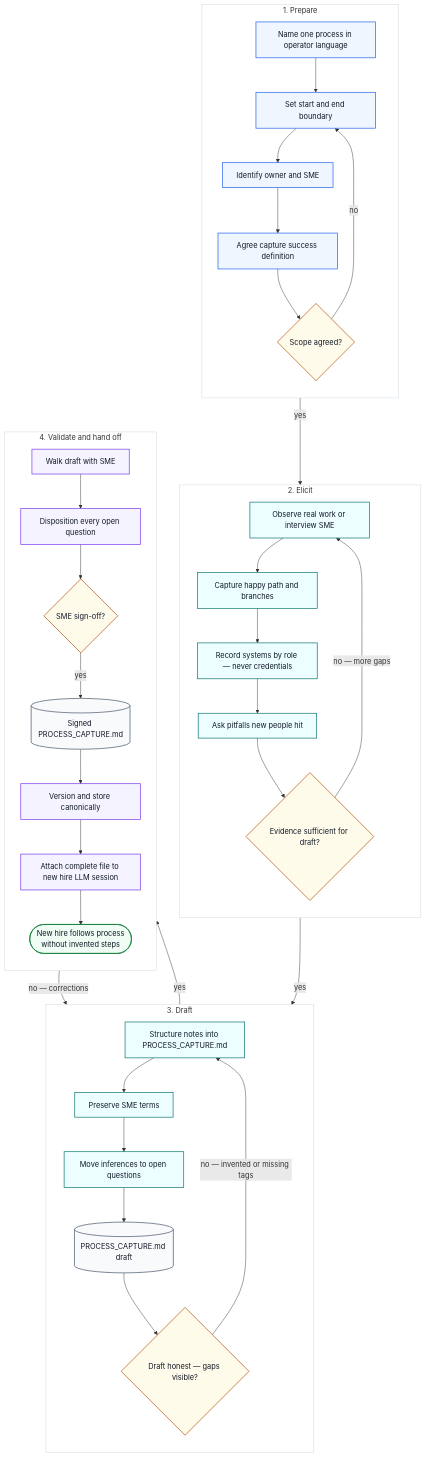
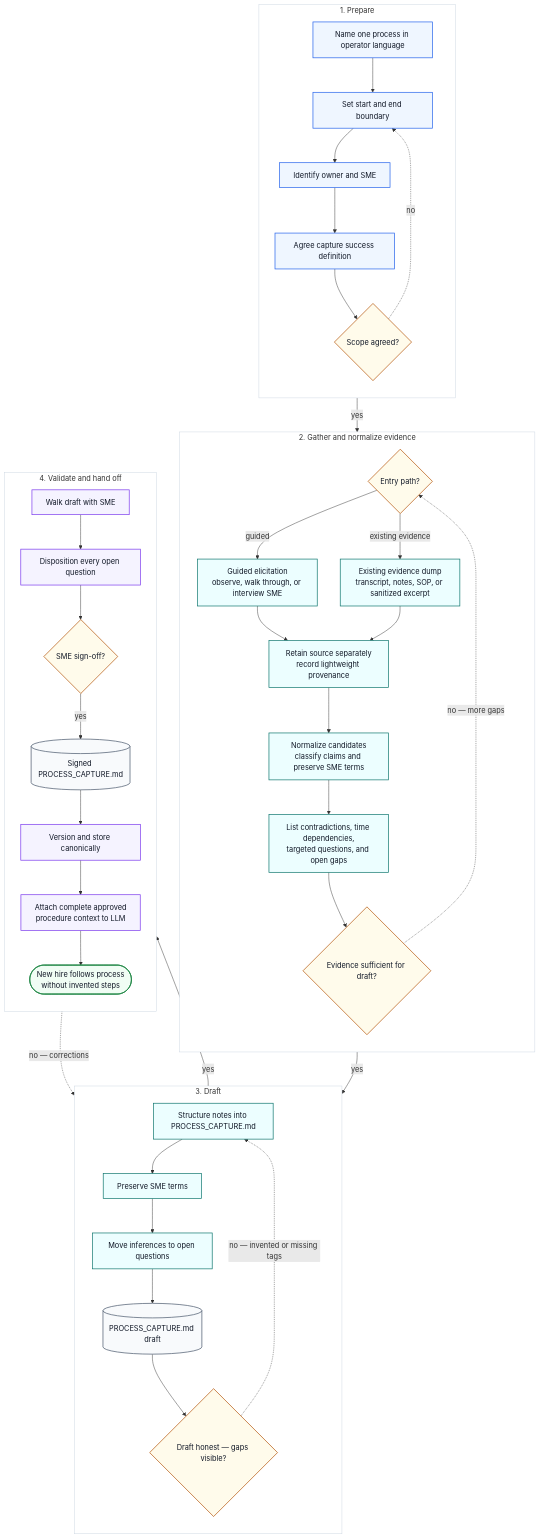
Before and after one commit to suretylabs/ai-dev-onramp: the diagram in consultant-lane/visuals/00-consultant-lane-flow.md, drawn with Mermaid. The commit also changed 9 other files, not shown here.

First line of the commit message:
docs: support evidence-dump process capture

````diff
--- a/consultant-lane/visuals/00-consultant-lane-flow.md
+++ b/consultant-lane/visuals/00-consultant-lane-flow.md
@@ -11,68 +11,75 @@
 ```mermaid
 flowchart TB
     classDef primary fill:#eff6ff,stroke:#2563eb,color:#111827,stroke-width:1.5px
     classDef delivery fill:#ecfeff,stroke:#0f766e,color:#111827,stroke-width:1.5px
     classDef model fill:#f5f3ff,stroke:#7c3aed,color:#111827,stroke-width:1.5px
     classDef gate fill:#fffbeb,stroke:#b45309,color:#111827,stroke-width:1.5px
     classDef outcome fill:#f0fdf4,stroke:#15803d,color:#111827,stroke-width:1.5px
     classDef artifact fill:#f8fafc,stroke:#475569,color:#111827,stroke-width:1.5px
 
     subgraph prep["1. Prepare"]
         direction TB
         p1["Name one process in operator language"] --> p2["Set start and end boundary"]
         p2 --> p3["Identify owner and SME"]
         p3 --> p4["Agree capture success definition"]
         p4 --> g1{"Scope agreed?"}
     end
     class p1,p2,p3,p4 primary
     class g1 gate
     style prep fill:#ffffff,stroke:#cbd5e1
 
-    g1 -->|"no"| p2
-    g1 -->|"yes"| e1
+    g1 -.->|"no"| p2
+    g1 -->|"yes"| e0
 
-    subgraph elicit["2. Elicit"]
+    subgraph elicit["2. Gather and normalize evidence"]
         direction TB
-        e1["Observe real work or interview SME"] --> e2["Capture happy path and branches"]
-        e2 --> e3["Record systems by role — never credentials"]
-        e3 --> e4["Ask pitfalls new people hit"]
-        e4 --> g2{"Evidence sufficient for draft?"}
+        e0{"Entry path?"}
+        e1["Guided elicitation<br/>observe, walk through, or interview SME"]
+        e2["Existing evidence dump<br/>transcript, notes, SOP, or sanitized excerpt"]
+        e3["Retain source separately<br/>record lightweight provenance"]
+        e4["Normalize candidates<br/>classify claims and preserve SME terms"]
+        e5["List contradictions, time dependencies,<br/>targeted questions, and open gaps"]
+        e0 -->|"guided"| e1
+        e0 -->|"existing evidence"| e2
+        e1 --> e3
+        e2 --> e3
+        e3 --> e4 --> e5 --> g2{"Evidence sufficient for draft?"}
     end
-    class e1,e2,e3,e4 delivery
-    class g2 gate
+    class e1,e2,e3,e4,e5 delivery
+    class e0,g2 gate
     style elicit fill:#ffffff,stroke:#cbd5e1
 
-    g2 -->|"no — more gaps"| e1
+    g2 -.->|"no — more gaps"| e0
     g2 -->|"yes"| d1
 
     subgraph draft["3. Draft"]
         direction TB
         d1["Structure notes into PROCESS_CAPTURE.md"] --> d2["Preserve SME terms"]
         d2 --> d3["Move inferences to open questions"]
         d3 --> art[("PROCESS_CAPTURE.md draft")]
         art --> g3{"Draft honest — gaps visible?"}
     end
     class d1,d2,d3 delivery
     class art artifact
     class g3 gate
     style draft fill:#ffffff,stroke:#cbd5e1
 
-    g3 -->|"no — invented or missing tags"| d1
+    g3 -.->|"no — invented or missing tags"| d1
     g3 -->|"yes"| v1
 
     subgraph validate["4. Validate and hand off"]
         direction TB
         v1["Walk draft with SME"] --> v2["Disposition every open question"]
         v2 --> g4{"SME sign-off?"}
-        g4 -->|"no — corrections"| d1
+        g4 -.->|"no — corrections"| d1
         g4 -->|"yes"| v3[("Signed PROCESS_CAPTURE.md")]
         v3 --> v4["Version and store canonically"]
-        v4 --> v5["Attach complete file to new hire LLM session"]
+        v4 --> v5["Attach complete approved<br/>procedure context to LLM"]
         v5 --> v6(["New hire follows process<br/>without invented steps"])
     end
     class v1,v2,v4,v5 model
     class g4 gate
     class v3 artifact
     class v6 outcome
     style validate fill:#ffffff,stroke:#cbd5e1
 ```
````
